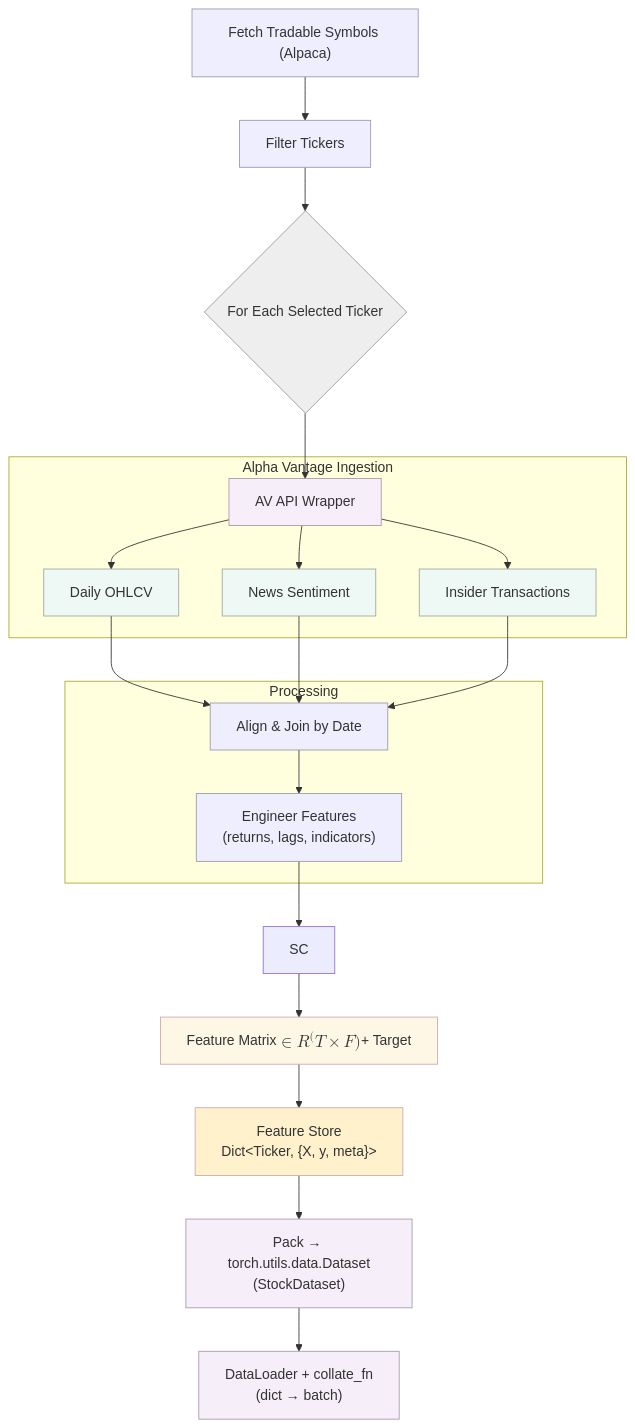
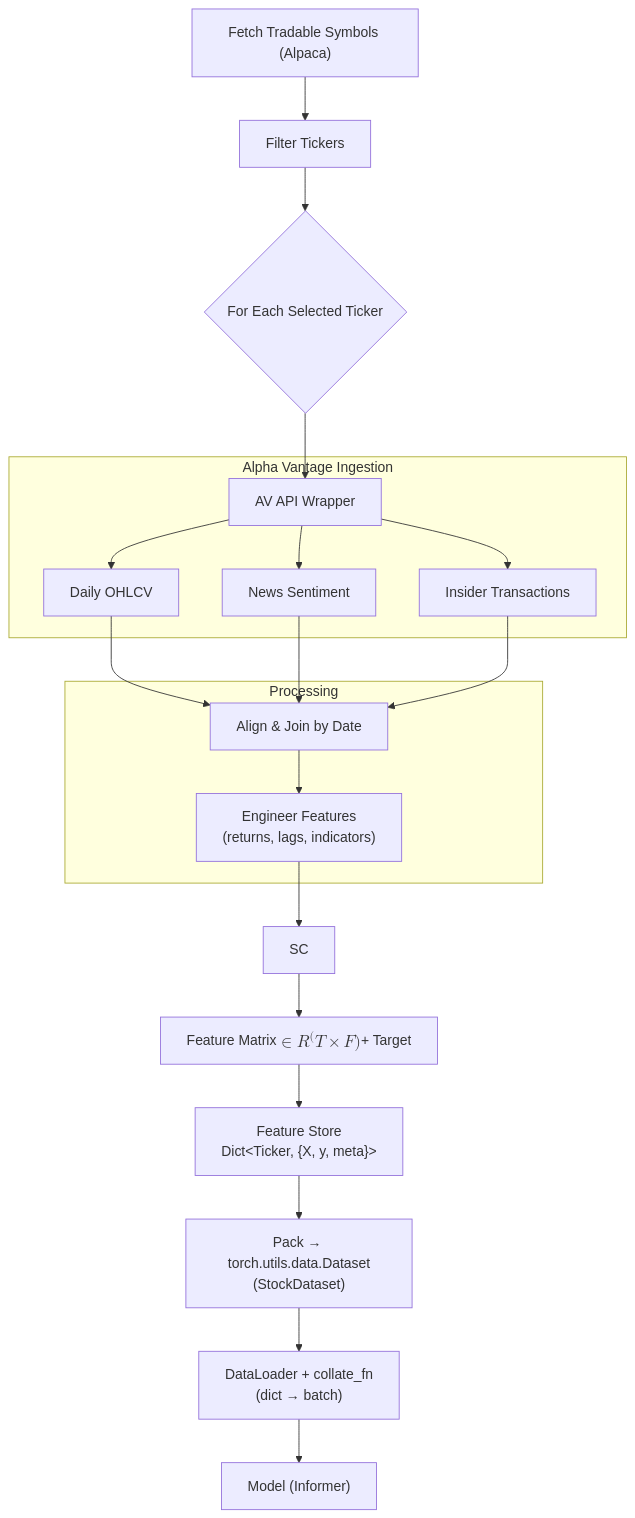
Before and after one commit to KYZZHECIK/stock_solver: the diagram in README.md, drawn with Mermaid.

Commit message:
Removed styling from flowchart to improve readibility

````diff
--- a/README.md
+++ b/README.md
@@ -32,45 +32,38 @@
 ```mermaid
 flowchart TD
     A["Fetch Tradable Symbols (Alpaca)"]:::proc --> B[Filter Tickers]:::proc
     B --> C{For Each Selected Ticker}:::gate
     
     subgraph INGEST[Alpha Vantage Ingestion]
         AV[AV API Wrapper]:::code
         TS[Daily OHLCV]:::data
         NS[News Sentiment]:::data
         IT[Insider Transactions]:::data
         AV --> TS
         AV --> NS
         AV --> IT
     end
 
     C --> AV
 
     subgraph PROC[Processing]
         JN[Align & Join by Date]:::proc
         FE["Engineer Features <br> (returns, lags, indicators)"]:::proc
     end
 
     TS --> JN
     NS --> JN
     IT --> JN
     JN --> FE --> SC
 
     FM["Feature Matrix $$\in \mathbb{R}^(T×F)$$ + Target"]:::artifact
     SC --> FM
     STORE["Feature Store<br>Dict&lt;Ticker, {X, y, meta}&gt;"]:::store
     FM --> STORE
     
     DS["Pack → torch.utils.data.Dataset<br/>(StockDataset)"]:::code
     CL["DataLoader + collate_fn<br/>(dict → batch)"]:::code
     STORE --> DS --> CL
 
-    %% CL --> M["Model (Informer)"]:::artifact
-
-    classDef proc fill:#eef,stroke:#99a;
-    classDef code fill:#f6eef9,stroke:#a9a;
-    classDef data fill:#eef9f6,stroke:#9a9;
-    classDef artifact fill:#fff7e6,stroke:#caa;
-    classDef store fill:#fff1cc,stroke:#caa;
-    classDef gate fill:#eee,stroke:#999;
+    CL --> M["Model (Informer)"]:::artifact
 ```
````
